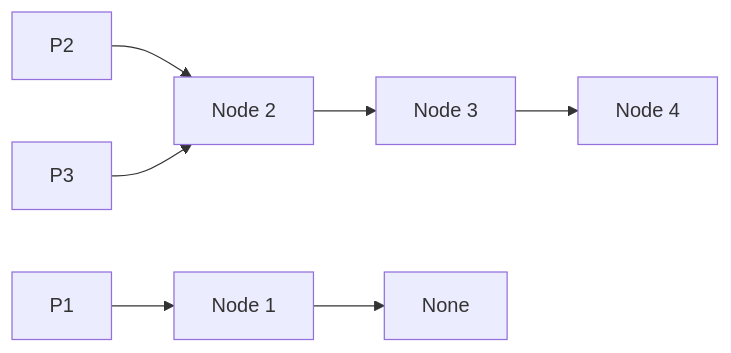
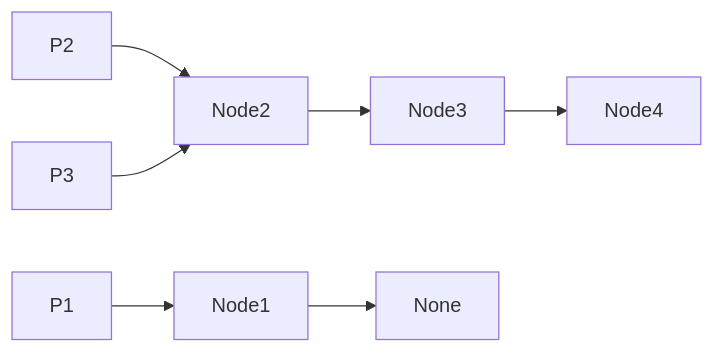
The third of 3 diagrams in Linked List/206. Reverse Linked List.md (davidanukam/LeetCode-Learning), drawn with Mermaid before and after one commit. The commit also changed other lines of this file, not shown here.

Commit message:
vault backup: 2026-08-22 21:25:44

````diff
--- a/Linked List/206. Reverse Linked List.md
+++ b/Linked List/206. Reverse Linked List.md
@@ -65,11 +67,11 @@
 ```mermaid
 flowchart LR    
-    B --> C[Node 3]
-    C --> D[Node 4]
+    Node2 --> Node3
+    Node3 --> Node4
     
-    P2[P2] --> B[Node 2]
-    P3[P3] --> B
+    P2[P2] --> Node2
+    P3[P3] --> Node2
     
-    P1 --> A
-    A[Node 1] --> None[None]
+    P1 --> Node1
+    Node1 --> None
 ```
````
